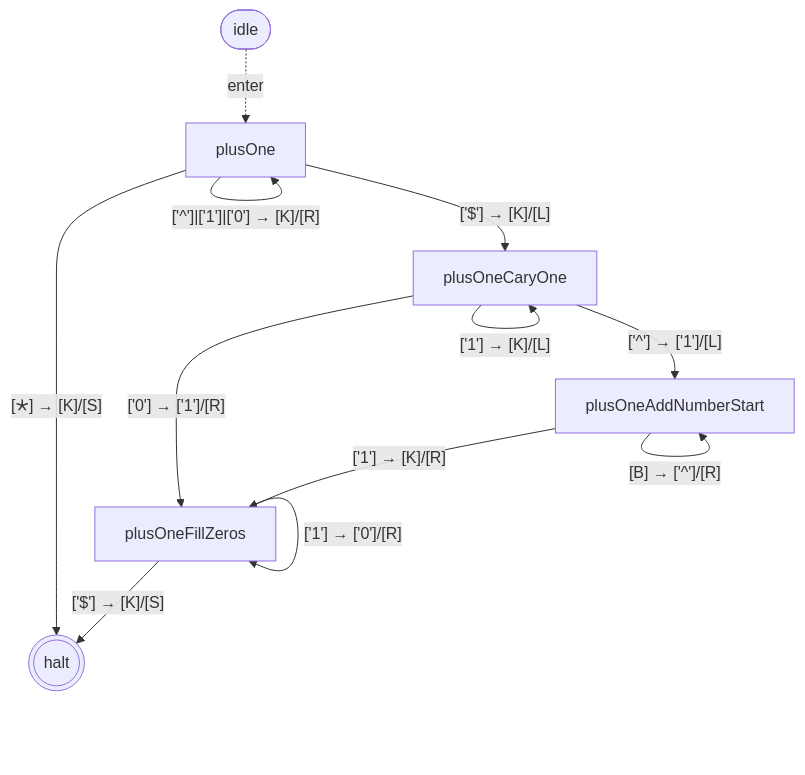
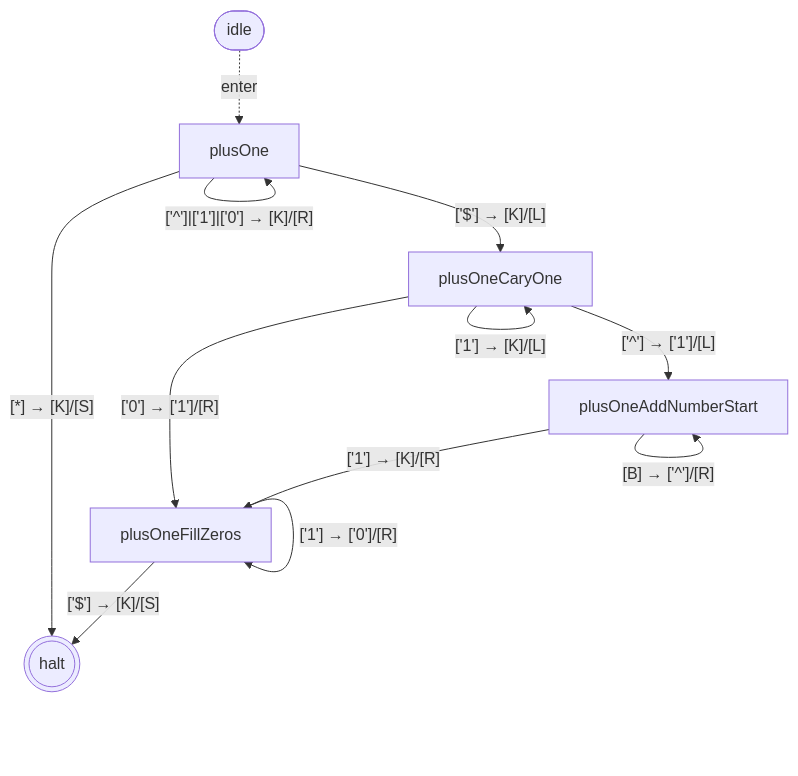
Before and after one commit to mellonis/turing-machine-js: the eighth of 10 diagrams in packages/library-binary-numbers/states.md, drawn with Mermaid. The commit also changed other lines of this file and 9 other files, not shown here.

````diff
--- a/packages/library-binary-numbers/states.md
+++ b/packages/library-binary-numbers/states.md
@@ -153,21 +153,21 @@
 ```mermaid
 flowchart TD
 %% alphabets: [[" ","^","$","0","1"]]
   s0(((halt)))
   s16["plusOneFillZeros"]
   s17["plusOneAddNumberStart"]
   s18["plusOneCaryOne"]
   s19["plusOne"]
   idle([idle])
   idle -. enter .-> s19
   s16 -- "['1'] → ['0']/[R]" --> s16
   s16 -- "['$'] → [K]/[S]" --> s0
   s17 -- "[B] → ['^']/[R]" --> s17
   s17 -- "['1'] → [K]/[R]" --> s16
   s18 -- "['0'] → ['1']/[R]" --> s16
   s18 -- "['1'] → [K]/[L]" --> s18
   s18 -- "['^'] → ['1']/[L]" --> s17
   s19 -- "['^']|['1']|['0'] → [K]/[R]" --> s19
   s19 -- "['$'] → [K]/[L]" --> s18
-  s19 -- "[🞰] → [K]/[S]" --> s0
+  s19 -- "[*] → [K]/[S]" --> s0
 ```
````
